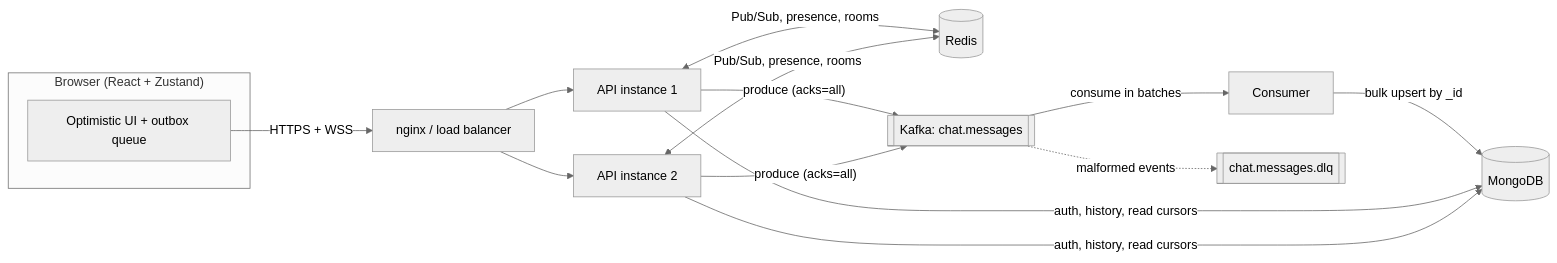
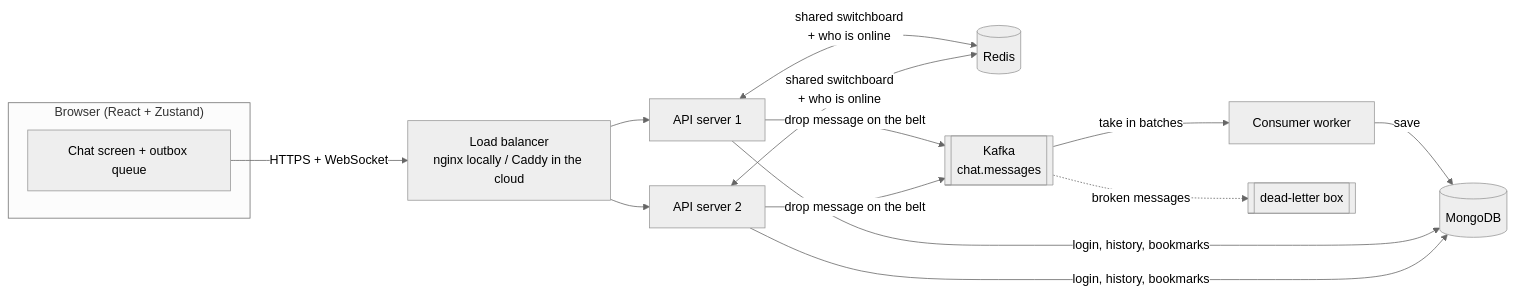
One commit to rajfauzdar/Distributed-Real-Time-Messaging-Architecture changed the first of 2 diagrams in README.md. Above: the diagram before and after it, drawn with Mermaid (neutral theme). The commit also changed other lines of this file, not shown here.

````diff
--- a/README.md
+++ b/README.md
@@ -14,22 +112,22 @@
 ```mermaid
 flowchart LR
     subgraph Client["Browser (React + Zustand)"]
-        UI[Optimistic UI + outbox queue]
+        UI[Chat screen + outbox queue]
     end
 
-    UI -- "HTTPS + WSS" --> LB[nginx / load balancer]
-    LB --> A1[API instance 1]
-    LB --> A2[API instance 2]
+    UI -- "HTTPS + WebSocket" --> LB[Load balancer<br/>nginx locally / Caddy in the cloud]
+    LB --> A1[API server 1]
+    LB --> A2[API server 2]
 
-    A1 <-- "Pub/Sub, presence, rooms" --> R[(Redis)]
-    A2 <-- "Pub/Sub, presence, rooms" --> R
+    A1 <-- "shared switchboard<br/>+ who is online" --> R[(Redis)]
+    A2 <-- "shared switchboard<br/>+ who is online" --> R
 
-    A1 -- "produce (acks=all)" --> K[[Kafka: chat.messages]]
-    A2 -- "produce (acks=all)" --> K
-    K -- "consume in batches" --> C[Consumer]
-    C -- "bulk upsert by _id" --> M[(MongoDB)]
-    K -. "malformed events" .-> D[[chat.messages.dlq]]
+    A1 -- "drop message on the belt" --> K[[Kafka<br/>chat.messages]]
+    A2 -- "drop message on the belt" --> K
+    K -- "take in batches" --> C[Consumer worker]
+    C -- "save" --> M[(MongoDB)]
+    K -. "broken messages" .-> D[[dead-letter box]]
 
-    A1 -- "auth, history, read cursors" --> M
-    A2 -- "auth, history, read cursors" --> M
+    A1 -- "login, history, bookmarks" --> M
+    A2 -- "login, history, bookmarks" --> M
 ```
````
